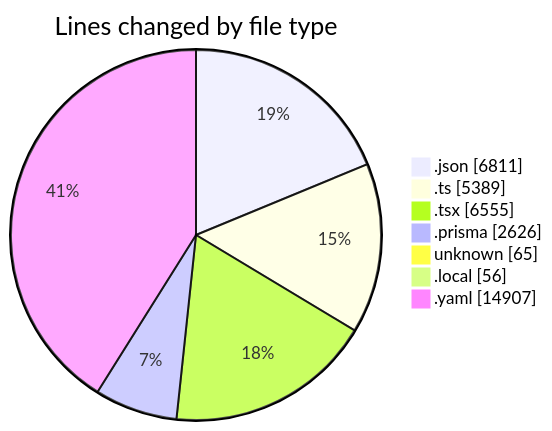
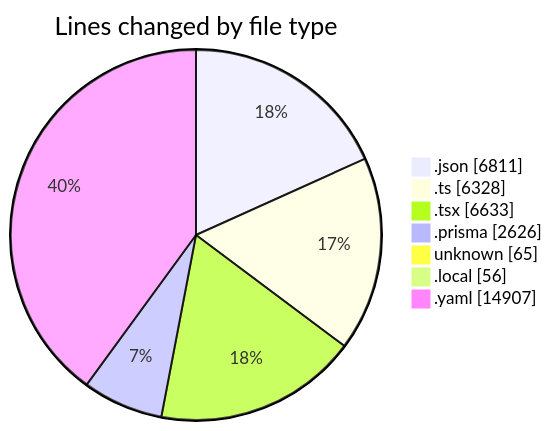
The first of 2 diagrams in 2025-05-15/ecodeli-1/README.md (CELIANVF/code-tracking), drawn with Mermaid before and after one commit. The commit also changed other lines of this file and 1 other file, not shown here.

````diff
--- a/2025-05-15/ecodeli-1/README.md
+++ b/2025-05-15/ecodeli-1/README.md
@@ -57,11 +60,11 @@
 ```mermaid
 pie showData
 title Lines changed by file type
 ".json" : 6811
-".ts" : 5389
-".tsx" : 6555
+".ts" : 6328
+".tsx" : 6633
 ".prisma" : 2626
 "unknown" : 65
 ".local" : 56
 ".yaml" : 14907
 ```
````
